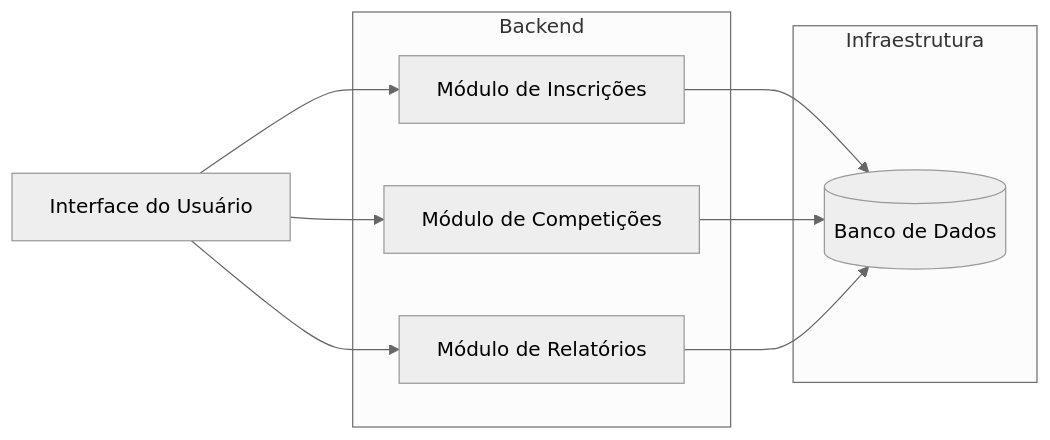
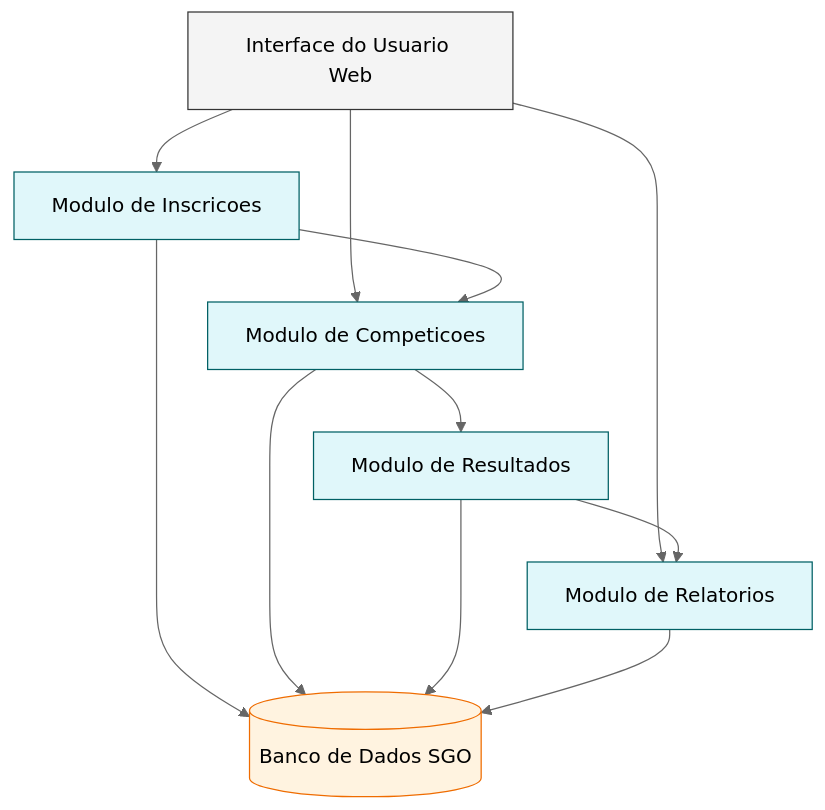
One commit to DiogoBrunoro/Sistema-de-Gest-o-das-Olimp-adas-SGO- changed the fourth of 5 diagrams in README.md. Above: the diagram before and after it, drawn with Mermaid. The commit also changed other lines of this file, not shown here.

Commit message:
Update UML diagrams and project structure in README

````diff
--- a/README.md
+++ b/README.md
@@ -128,21 +123,38 @@
 ```mermaid
 %%{init: {'theme': 'neutral'}}%%
-graph LR
-  UI[Interface do Usuário] --> INS[Módulo de Inscrições]
-  UI --> COMP[Módulo de Competições]
-  UI --> REL[Módulo de Relatórios]
-  
-  INS --> DB[(Banco de Dados)]
-  COMP --> DB
-  REL --> DB
+graph TD
 
-  subgraph Backend
-    INS
-    COMP
-    REL
-  end
+%% --- Camada de apresentação ---
+UI[Interface do Usuario Web]
 
-  subgraph Infraestrutura
-    DB
-  end
+%% --- Camada de negócio ---
+INS[Modulo de Inscricoes]
+COMP[Modulo de Competicoes]
+RES[Modulo de Resultados]
+REL[Modulo de Relatorios]
+
+%% --- Camada de persistência ---
+DB[(Banco de Dados SGO)]
+
+%% --- Estrutura e conexões ---
+UI --> INS
+UI --> COMP
+UI --> REL
+INS --> COMP
+COMP --> RES
+RES --> REL
+INS --> DB
+COMP --> DB
+RES --> DB
+REL --> DB
+
+%% --- Classes visuais simulando camadas ---
+classDef frontend fill:#f4f4f4,stroke:#333,stroke-width:1px;
+classDef backend fill:#e0f7fa,stroke:#006064,stroke-width:1px;
+classDef database fill:#fff3e0,stroke:#ef6c00,stroke-width:1px;
+
+class UI frontend;
+class INS,COMP,RES,REL backend;
+class DB database;
+
 ```
````
